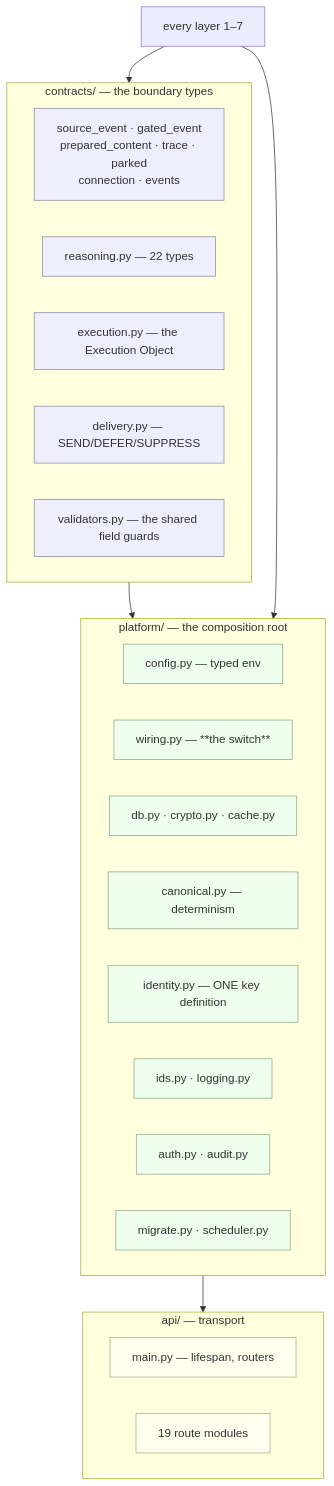
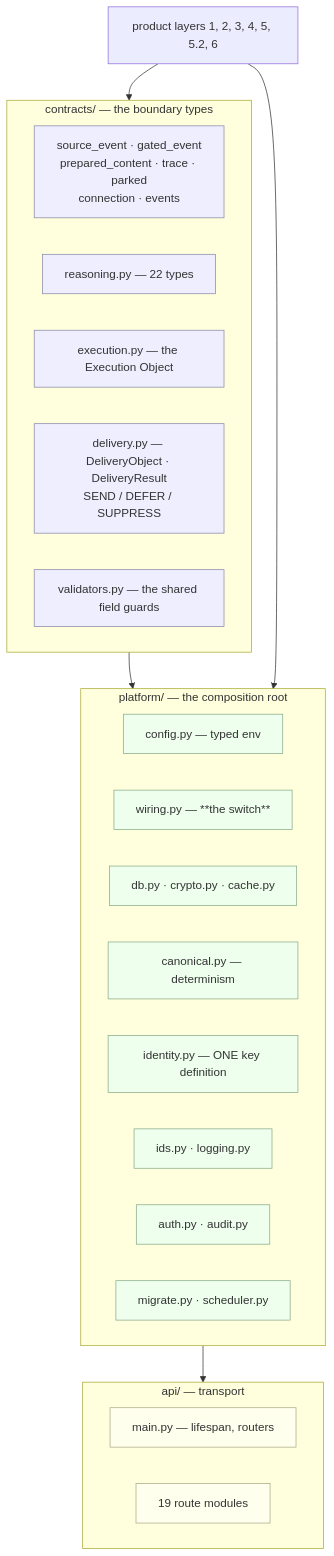
One commit to themoronss/genios-brain changed the diagram in System Design/Cross-Cutting-Contracts-Platform-API/00-Overview.md. Above: the diagram before and after it, drawn with Mermaid. The commit also changed other lines of this file and 2057 other files, not shown here.

````diff
--- a/System Design/Cross-Cutting-Contracts-Platform-API/00-Overview.md
+++ b/System Design/Cross-Cutting-Contracts-Platform-API/00-Overview.md
@@ -58,35 +58,35 @@
 ```mermaid
 flowchart TB
     subgraph C ["contracts/ — the boundary types"]
         c1["source_event · gated_event<br/>prepared_content · trace · parked<br/>connection · events"]:::c
         c2["reasoning.py — 22 types"]:::c
         c3["execution.py — the Execution Object"]:::c
-        c4["delivery.py — SEND/DEFER/SUPPRESS"]:::c
+        c4["delivery.py — DeliveryObject · DeliveryResult<br/>SEND / DEFER / SUPPRESS"]:::c
         c5["validators.py — the shared field guards"]:::c
     end
 
     subgraph P ["platform/ — the composition root"]
         p1["config.py — typed env"]:::p
         p2["wiring.py — **the switch**"]:::p
         p3["db.py · crypto.py · cache.py"]:::p
         p4["canonical.py — determinism"]:::p
         p5["identity.py — ONE key definition"]:::p
         p6["ids.py · logging.py"]:::p
         p7["auth.py · audit.py"]:::p
         p8["migrate.py · scheduler.py"]:::p
     end
 
     subgraph A ["api/ — transport"]
         a1["main.py — lifespan, routers"]:::a
         a2["19 route modules"]:::a
     end
 
     C --> P
     P --> A
-    L["every layer 1–7"] --> C
+    L["product layers 1, 2, 3, 4, 5, 5.2, 6"] --> C
     L --> P
 
     classDef c fill:#eef,stroke:#88a
     classDef p fill:#efe,stroke:#8a8
     classDef a fill:#ffe,stroke:#aa8
 ```
````
